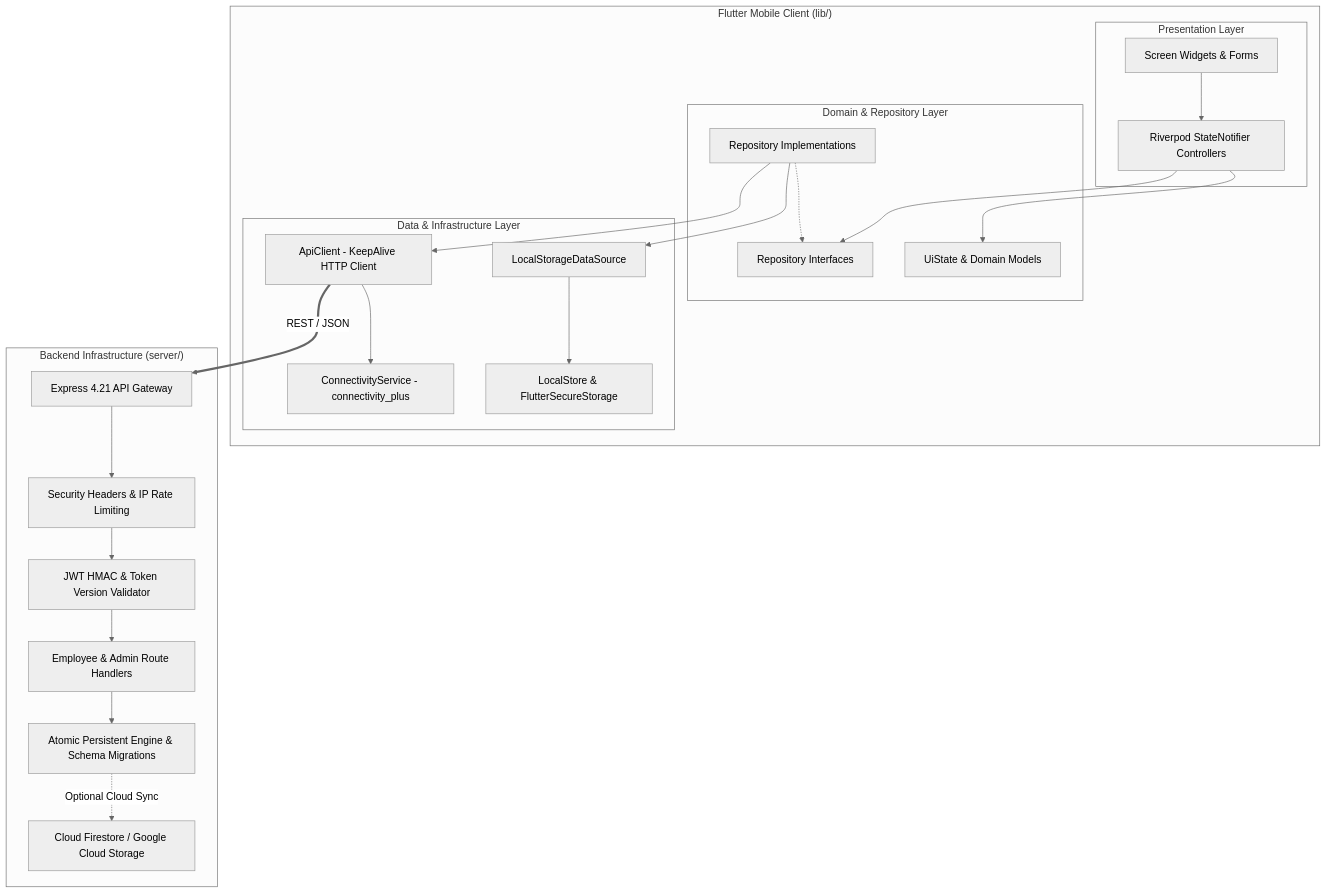
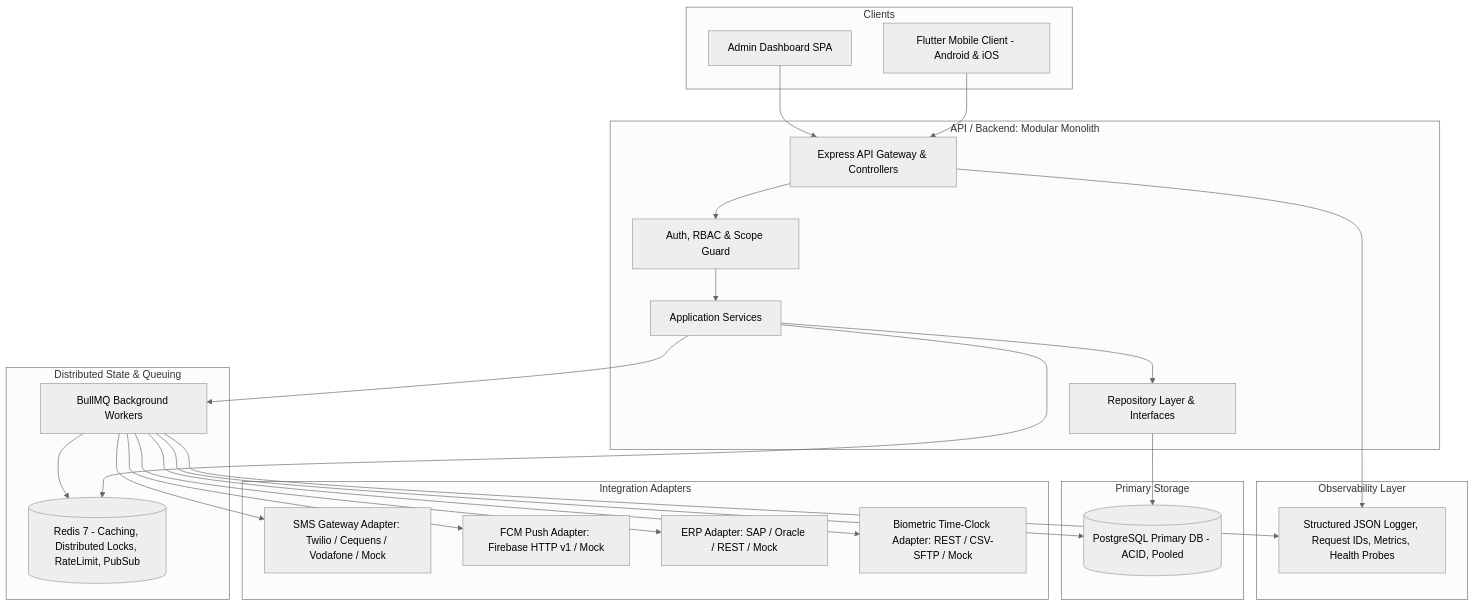
One commit to saifqotoz74/elaraby-workforce changed the first of 2 diagrams in docs/ARCHITECTURE.md. Above: the diagram before and after it, drawn with Mermaid (neutral theme). The commit also changed other lines of this file and 170 other files, not shown here.

Commit message:
feat(production): add Neon PostgreSQL, Upstash Redis TLS, and white-label multi-tenancy

````diff
--- a/docs/ARCHITECTURE.md
+++ b/docs/ARCHITECTURE.md
@@ -14,45 +14,51 @@
 ```mermaid
 graph TD
-    subgraph "Flutter Mobile Client (lib/)"
-        subgraph "Presentation Layer"
-            UI[Screen Widgets & Forms]
-            Controllers[Riverpod StateNotifier Controllers]
-        end
-        subgraph "Domain & Repository Layer"
-            RepoInterfaces[Repository Interfaces]
-            RepoImpl[Repository Implementations]
-            StateMachines[UiState & Domain Models]
-        end
-        subgraph "Data & Infrastructure Layer"
-            LocalDS[LocalStorageDataSource]
-            LocalStore[LocalStore & FlutterSecureStorage]
-            ApiClient[ApiClient - KeepAlive HTTP Client]
-            ConnSvc[ConnectivityService - connectivity_plus]
-        end
+    subgraph "Clients"
+        Mobile[Flutter Mobile Client - Android & iOS]
+        Web[Admin Dashboard SPA]
     end
 
-    subgraph "Backend Infrastructure (server/)"
-        Express[Express 4.21 API Gateway]
-        SecurityMW[Security Headers & IP Rate Limiting]
-        AuthMW[JWT HMAC & Token Version Validator]
-        Services[Employee & Admin Route Handlers]
-        DBEngine[Atomic Persistent Engine & Schema Migrations]
-        FirestoreSync[Cloud Firestore / Google Cloud Storage]
+    subgraph "API / Backend: Modular Monolith"
+        Express[Express API Gateway & Controllers]
+        AuthMW[Auth, RBAC & Scope Guard]
+        Services[Application Services]
+        RepoLayer[Repository Layer & Interfaces]
     end
 
-    UI --> Controllers
-    Controllers --> StateMachines
-    Controllers --> RepoInterfaces
-    RepoImpl -.-> RepoInterfaces
-    RepoImpl --> LocalDS
-    RepoImpl --> ApiClient
-    LocalDS --> LocalStore
-    ApiClient --> ConnSvc
+    subgraph "Primary Storage"
+        PG[(PostgreSQL Primary DB - ACID, Pooled)]
+    end
 
-    ApiClient == REST / JSON ==> Express
-    Express --> SecurityMW
-    SecurityMW --> AuthMW
+    subgraph "Distributed State & Queuing"
+        Redis[(Redis 7 - Caching, Distributed Locks, RateLimit, PubSub)]
+        BullWorker[BullMQ Background Workers]
+    end
+
+    subgraph "Integration Adapters"
+        SMSAdapter[SMS Gateway Adapter: Twilio / Cequens / Vodafone / Mock]
+        PushAdapter[FCM Push Adapter: Firebase HTTP v1 / Mock]
+        ERPAdapter[ERP Adapter: SAP / Oracle / REST / Mock]
+        BioAdapter[Biometric Time-Clock Adapter: REST / CSV-SFTP / Mock]
+    end
+
+    subgraph "Observability Layer"
+        APM[Structured JSON Logger, Request IDs, Metrics, Health Probes]
+    end
+
+    Mobile --> Express
+    Web --> Express
+    Express --> AuthMW
     AuthMW --> Services
-    Services --> DBEngine
-    DBEngine -. Optional Cloud Sync .-> FirestoreSync
+    Services --> RepoLayer
+    RepoLayer --> PG
+    Services --> Redis
+    Services --> BullWorker
+    BullWorker --> Redis
+    BullWorker --> PG
+    BullWorker --> SMSAdapter
+    BullWorker --> PushAdapter
+    BullWorker --> ERPAdapter
+    BullWorker --> BioAdapter
+    Express --> APM
+    BullWorker --> APM
 ```
````
